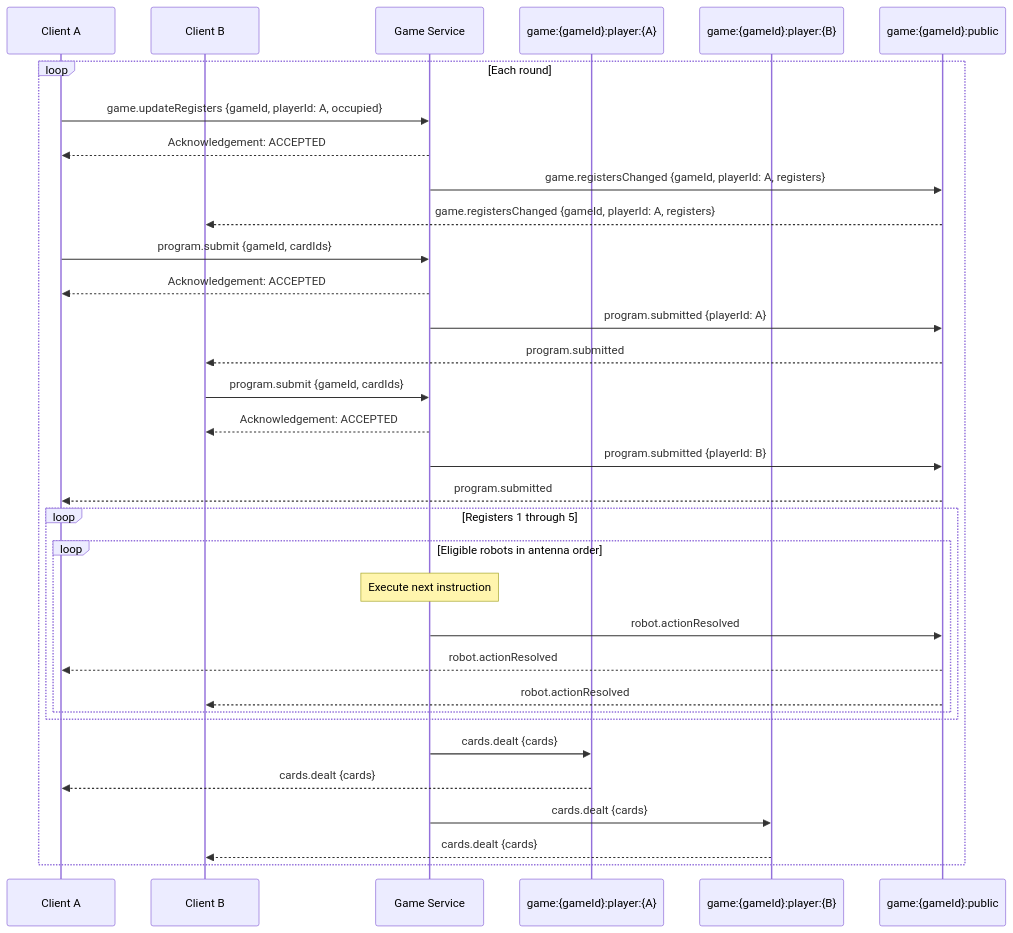
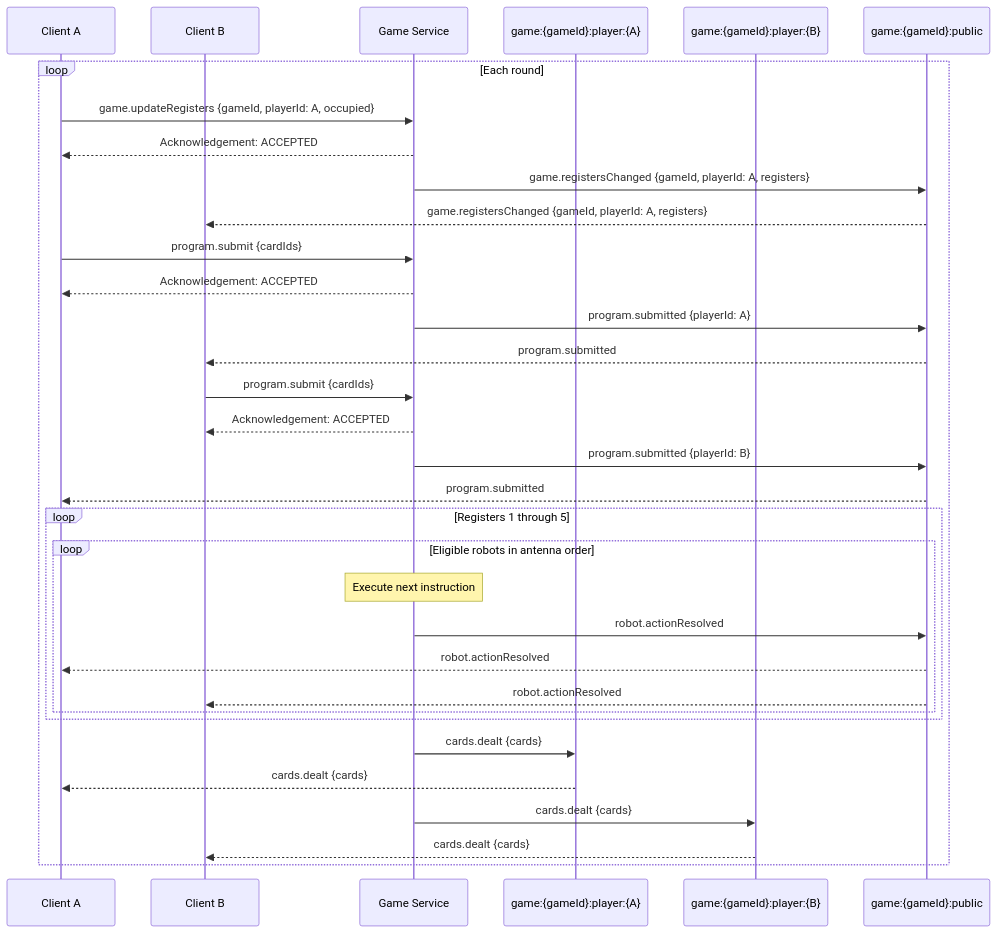
The fourth of 6 diagrams in docs/Communication.md (hananinas/RoboRally), drawn with Mermaid before and after one commit. The commit also changed other lines of this file and 2 other files, not shown here.

````diff
--- a/docs/Communication.md
+++ b/docs/Communication.md
@@ -230,38 +230,38 @@
 ```mermaid
 sequenceDiagram
     participant A as Client A
     participant B as Client B
     participant Server as Game Service
     participant PrivateA as game:{gameId}:player:{A}
     participant PrivateB as game:{gameId}:player:{B}
     participant Public as game:{gameId}:public
 
     loop Each round
         A->>Server: game.updateRegisters {gameId, playerId: A, occupied}
         Server-->>A: Acknowledgement: ACCEPTED
         Server->>Public: game.registersChanged {gameId, playerId: A, registers}
         Public-->>B: game.registersChanged {gameId, playerId: A, registers}
-        A->>Server: program.submit {gameId, cardIds}
+        A->>Server: program.submit {cardIds}
         Server-->>A: Acknowledgement: ACCEPTED
         Server->>Public: program.submitted {playerId: A}
         Public-->>B: program.submitted
 
-        B->>Server: program.submit {gameId, cardIds}
+        B->>Server: program.submit {cardIds}
         Server-->>B: Acknowledgement: ACCEPTED
         Server->>Public: program.submitted {playerId: B}
         Public-->>A: program.submitted
         loop Registers 1 through 5
             loop Eligible robots in antenna order
                 Note over Server: Execute next instruction
                 Server->>Public: robot.actionResolved
                 Public-->>A: robot.actionResolved
                 Public-->>B: robot.actionResolved
             end
         end
 
         Server->>PrivateA: cards.dealt {cards}
         PrivateA-->>A: cards.dealt {cards}
         Server->>PrivateB: cards.dealt {cards}
         PrivateB-->>B: cards.dealt {cards}
     end
 ```
````
